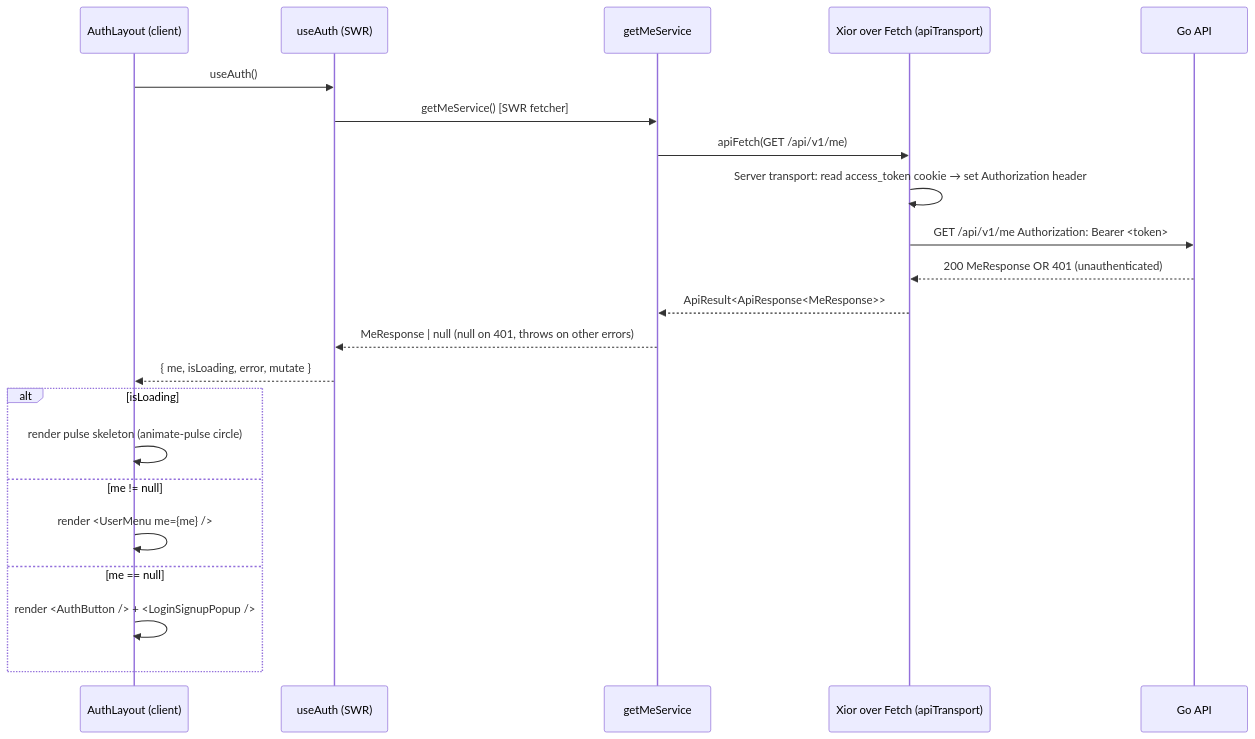
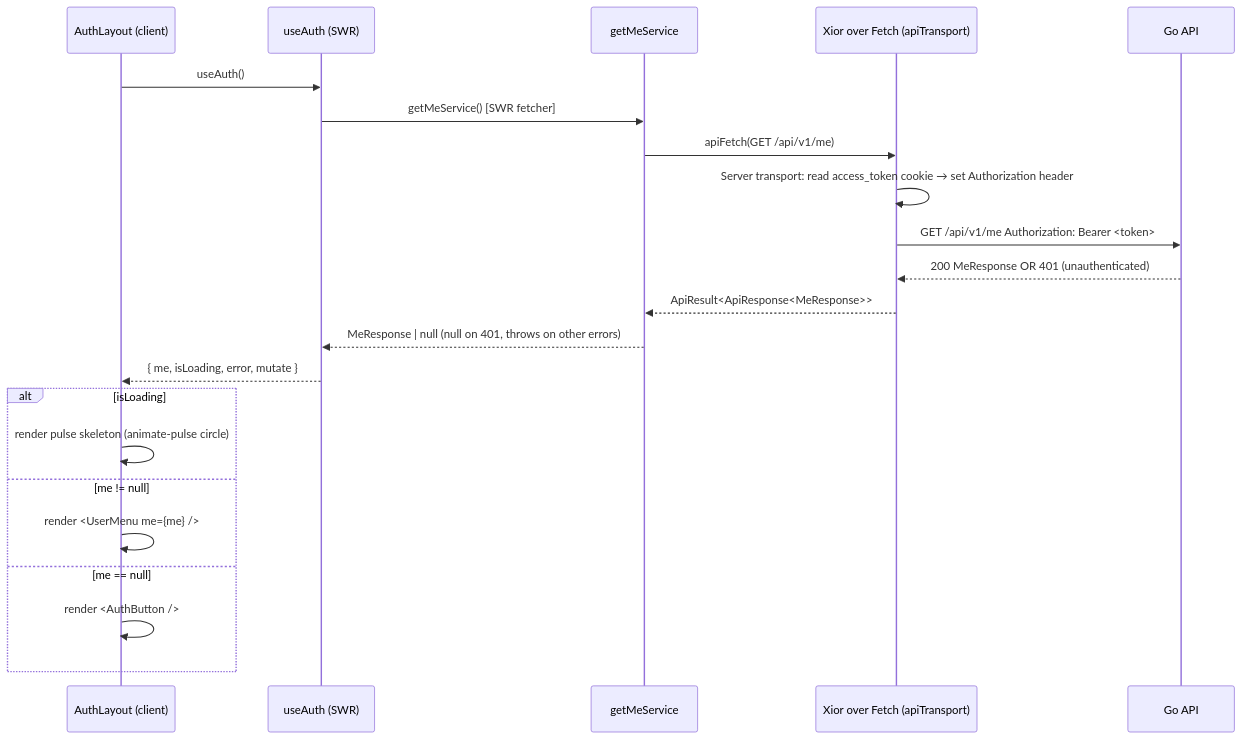
One commit to lkienkle11/fe-mycourse changed the third of 4 diagrams in docs/flow.md. Above: the diagram before and after it, drawn with Mermaid. The commit also changed other lines of this file and 15 other files, not shown here.

Commit message:
docs: sync docs for login signup modal

````diff
--- a/docs/flow.md
+++ b/docs/flow.md
@@ -227,26 +227,26 @@
 ```mermaid
 sequenceDiagram
   participant AL as AuthLayout (client)
   participant UA as useAuth (SWR)
   participant GM as getMeService
   participant AX as Xior over Fetch (apiTransport)
   participant API as Go API
 
   AL->>UA: useAuth()
   UA->>GM: getMeService() [SWR fetcher]
   GM->>AX: apiFetch(GET /api/v1/me)
   AX->>AX: Server transport: read access_token cookie → set Authorization header
   AX->>API: GET /api/v1/me  Authorization: Bearer <token>
   API-->>AX: 200 MeResponse  OR  401 (unauthenticated)
   AX-->>GM: ApiResult<ApiResponse<MeResponse>>
   GM-->>UA: MeResponse | null  (null on 401, throws on other errors)
   UA-->>AL: { me, isLoading, error, mutate }
 
   alt isLoading
     AL->>AL: render pulse skeleton (animate-pulse circle)
   else me != null
     AL->>AL: render <UserMenu me={me} />
   else me == null
-    AL->>AL: render <AuthButton /> + <LoginSignupPopup />
+    AL->>AL: render <AuthButton />
   end
 ```
````
